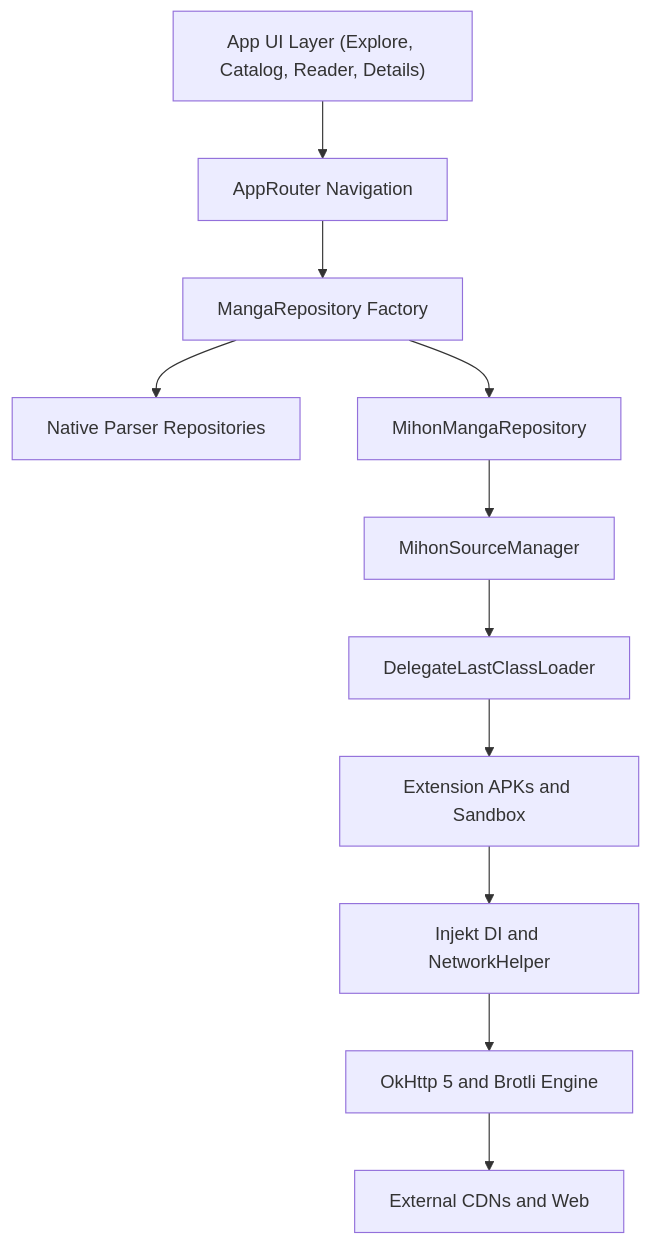
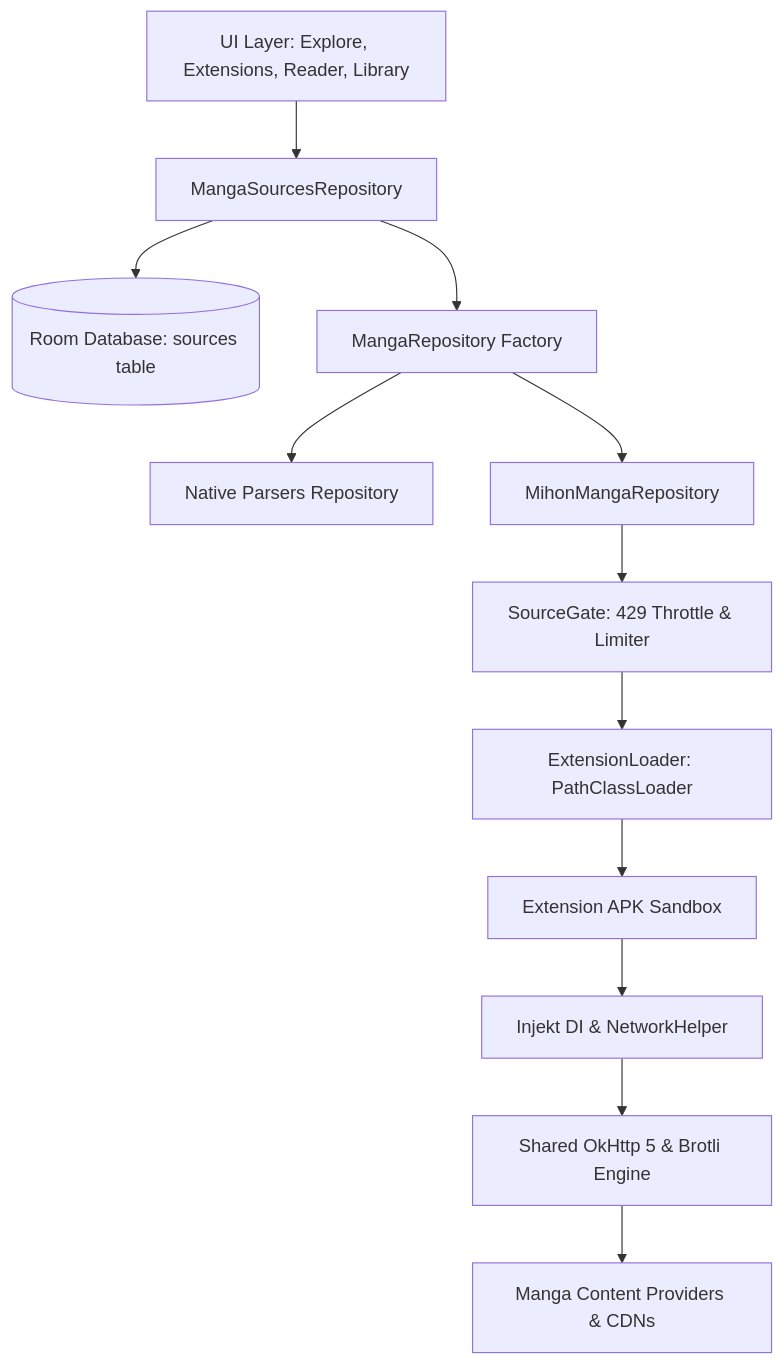
One commit to zeravrix/ZERAVRIX-Phone changed the diagram in README.md. Above: the diagram before and after it, drawn with Mermaid. The commit also changed other lines of this file and 10 other files, not shown here.

Commit message:
Step 2: clean repository, move signing to untracked properties, delete OlympusStaffParser, ExtensionCatalogRepository, and dead helpers

````diff
--- a/README.md
+++ b/README.md
@@ -48,15 +65,17 @@
 ```mermaid
 graph TD
-    UI["App UI Layer (Explore, Catalog, Reader, Details)"] --> Router["AppRouter Navigation"]
-    Router --> Repositories["MangaRepository Factory"]
-    Repositories --> NativeRepo["Native Parser Repositories"]
-    Repositories --> MihonRepo["MihonMangaRepository"]
+    UI[UI Layer: Explore, Extensions, Reader, Library] --> SourcesRepo[MangaSourcesRepository]
+    SourcesRepo --> RoomDB[(Room Database: sources table)]
+    SourcesRepo --> Factory[MangaRepository Factory]
     
-    MihonRepo --> SourceManager["MihonSourceManager"]
-    SourceManager --> ClassLoader["DelegateLastClassLoader"]
-    ClassLoader --> ExtAPK["Extension APKs and Sandbox"]
+    Factory --> NativeParsers[Native Parsers Repository]
+    Factory --> MihonRepo[MihonMangaRepository]
     
-    ExtAPK --> Injekt["Injekt DI and NetworkHelper"]
-    Injekt --> OkHttp["OkHttp 5 and Brotli Engine"]
-    OkHttp --> Network["External CDNs and Web"]
+    MihonRepo --> SourceGate[SourceGate: 429 Throttle & Limiter]
+    SourceGate --> ExtLoader[ExtensionLoader: PathClassLoader]
+    ExtLoader --> ExtAPK[Extension APK Sandbox]
+    
+    ExtAPK --> Injekt[Injekt DI & NetworkHelper]
+    Injekt --> OkHttp[Shared OkHttp 5 & Brotli Engine]
+    OkHttp --> Internet[Manga Content Providers & CDNs]
 ```
````
